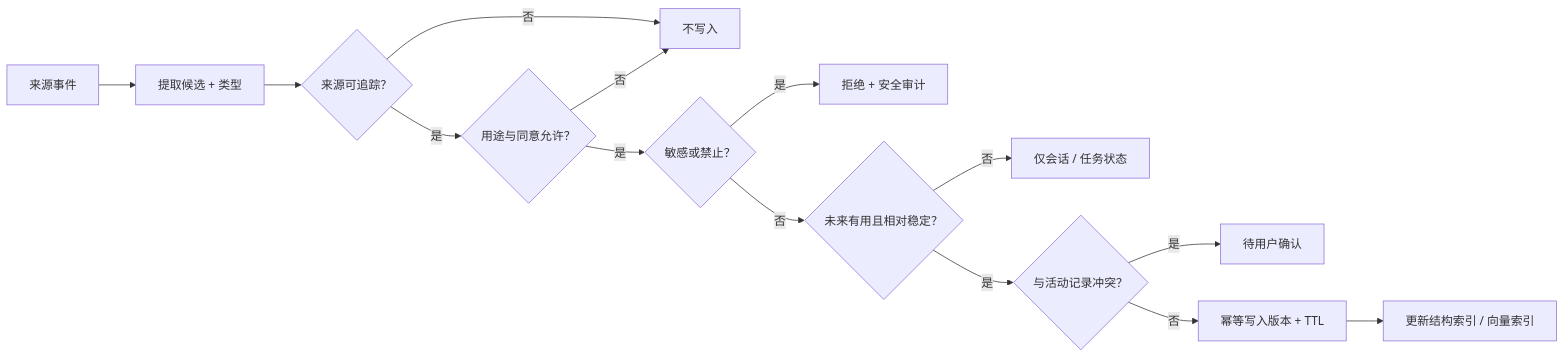
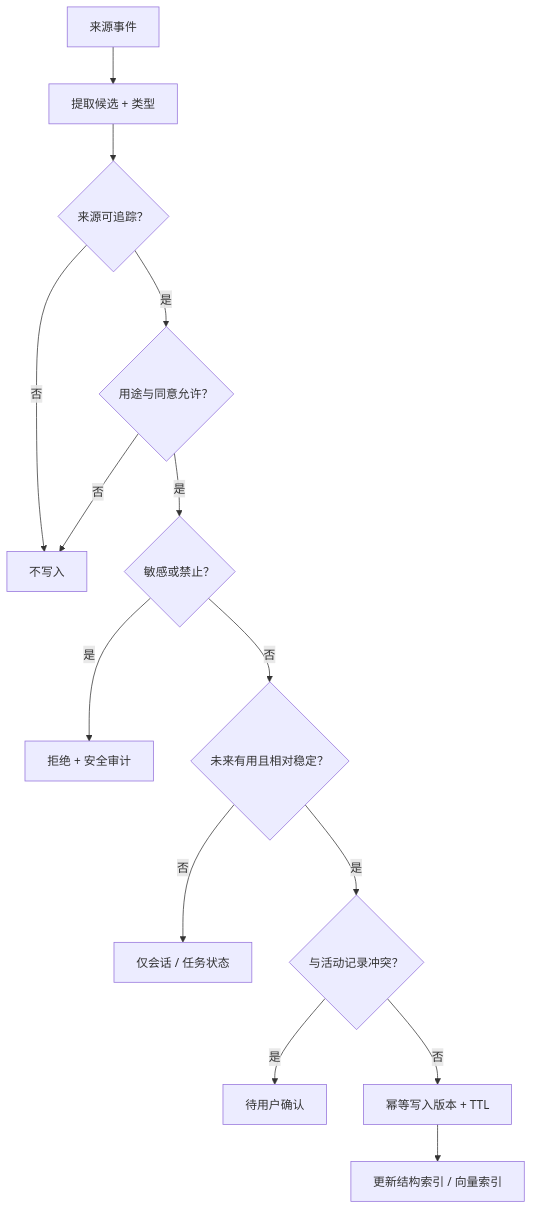
One commit to wujinjun/ai-agent-book changed the fifth of 6 diagrams in docs/part-03-rag-and-memory/ch15-memory.md. Above: the diagram before and after it, drawn with Mermaid. The commit also changed other lines of this file and 536 other files, not shown here.

````diff
--- a/docs/part-03-rag-and-memory/ch15-memory.md
+++ b/docs/part-03-rag-and-memory/ch15-memory.md
@@ -204,19 +206,19 @@
 ```mermaid
 %% id: memory-candidate-to-governed-record
 %% title: 候选记忆到受治理记录的完整写入流程
 %% alt: 事件提取候选后验证来源同意敏感性稳定性和冲突，写入版本记录并更新索引，失败或不确定进入跳过或待确认
-flowchart LR
+flowchart TD
     Event["来源事件"] --> Extract["提取候选 + 类型"]
     Extract --> Source{"来源可追踪？"}
     Source -->|否| Skip["不写入"]
     Source -->|是| Consent{"用途与同意允许？"}
     Consent -->|否| Skip
     Consent -->|是| Sensitive{"敏感或禁止？"}
     Sensitive -->|是| Reject["拒绝 + 安全审计"]
     Sensitive -->|否| Stable{"未来有用且相对稳定？"}
     Stable -->|否| Session["仅会话 / 任务状态"]
     Stable -->|是| Conflict{"与活动记录冲突？"}
     Conflict -->|是| Review["待用户确认"]
     Conflict -->|否| Write["幂等写入版本 + TTL"]
     Write --> Index["更新结构索引 / 向量索引"]
 ```
````
